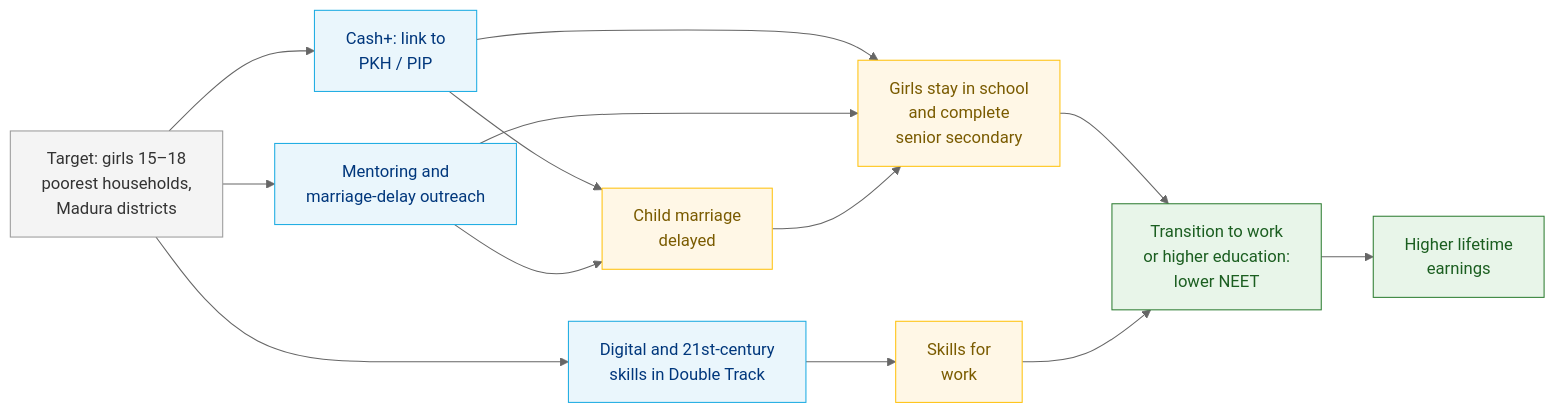
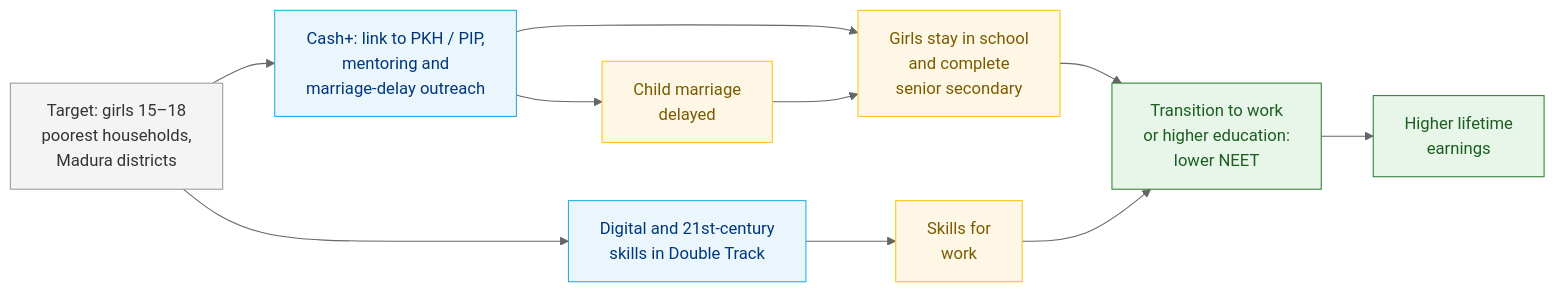
The diagram in code/06_slides_en.qmd (hgrueso/eastjava-investment-case), drawn with Mermaid (neutral theme) before and after one commit. The commit also changed other lines of this file and 3 other files, not shown here.

````diff
--- a/code/06_slides_en.qmd
+++ b/code/06_slides_en.qmd
@@ -204,29 +223,25 @@
 ```{mermaid}
 %%| fig-width: 13
 flowchart LR
   T["Target: girls 15–18<br/>poorest households,<br/>Madura districts"]:::t
-  A1["Cash+: link to<br/>PKH / PIP"]:::a
+  A1["Cash+: link to PKH / PIP,<br/>mentoring and<br/>marriage-delay outreach"]:::a
   A2["Digital and 21st-century<br/>skills in Double Track"]:::a
-  A3["Mentoring and<br/>marriage-delay outreach"]:::a
   O1["Child marriage<br/>delayed"]:::o
   O2["Girls stay in school<br/>and complete<br/>senior secondary"]:::o
   O3["Skills for<br/>work"]:::o
   R["Transition to work<br/>or higher education:<br/>lower NEET"]:::r
   I["Higher lifetime<br/>earnings"]:::r
   T --> A1
   T --> A2
-  T --> A3
   A1 --> O1
   A1 --> O2
-  A3 --> O1
-  A3 --> O2
   A2 --> O3
   O1 --> O2
   O2 --> R
   O3 --> R
   R --> I
   classDef t fill:#f4f4f4,stroke:#999,color:#333
   classDef a fill:#eaf6fc,stroke:#1CABE2,color:#00377C
   classDef o fill:#fff7e6,stroke:#FFC20E,color:#7a5b00
   classDef r fill:#e8f5e9,stroke:#2e7d32,color:#1b5e20
 ```
````
